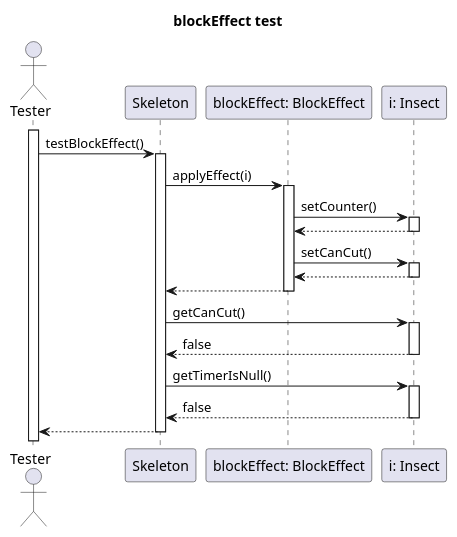
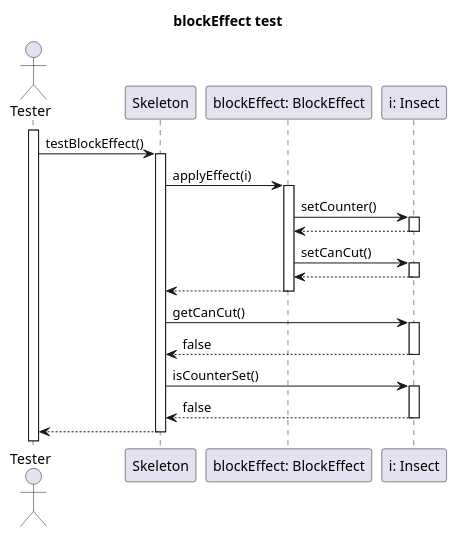
Before and after one commit to dzsem/projlab: the diagram in diagrams/test-sequence/effect/blockEffect.plantuml, drawn with PlantUML.

Commit message:
Rename getTimerIsNull to isCounterSet

```diff
--- a/diagrams/test-sequence/effect/blockEffect.plantuml
+++ b/diagrams/test-sequence/effect/blockEffect.plantuml
@@ -1,49 +1,49 @@
 @startuml blockEffect
 
 title blockEffect test
 
 Actor Tester as test
 participant "Skeleton" as tester
 
 participant "blockEffect: BlockEffect" as speed
 participant "i: Insect" as insect
 
 activate test
 
 test -> tester: testBlockEffect()
 activate tester
 
 tester -> speed: applyEffect(i)
 activate speed
 
 speed->insect:setCounter()
 activate insect
 
 speed<--insect
 deactivate insect
 
 speed->insect:setCanCut()
 activate insect
 
 speed<--insect
 deactivate insect
 
 speed --> tester
 deactivate speed
 
 tester -> insect: getCanCut()
 activate insect
 
 insect -->tester:false
 deactivate insect
 
-tester -> insect: getTimerIsNull()
+tester -> insect: isCounterSet()
 
 activate insect
 insect -->tester:false
 deactivate insect
 
 test<-- tester
 deactivate tester
 
 @enduml
```
